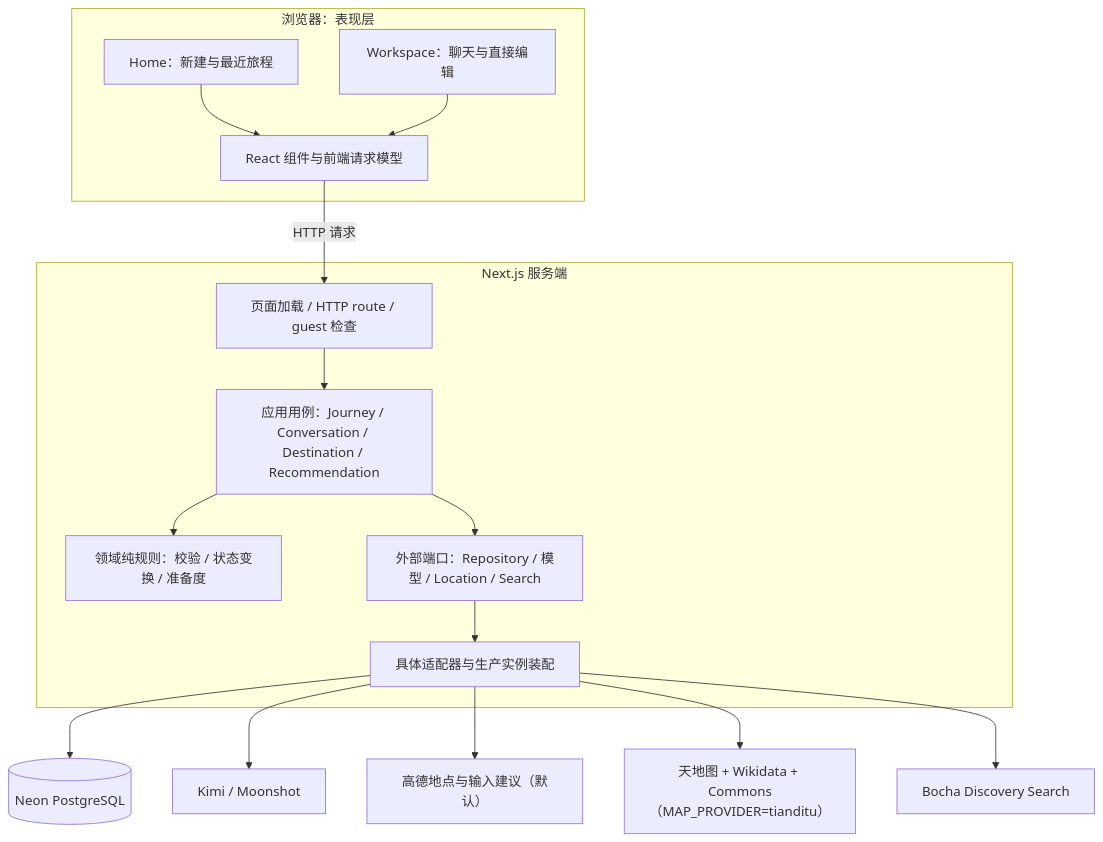
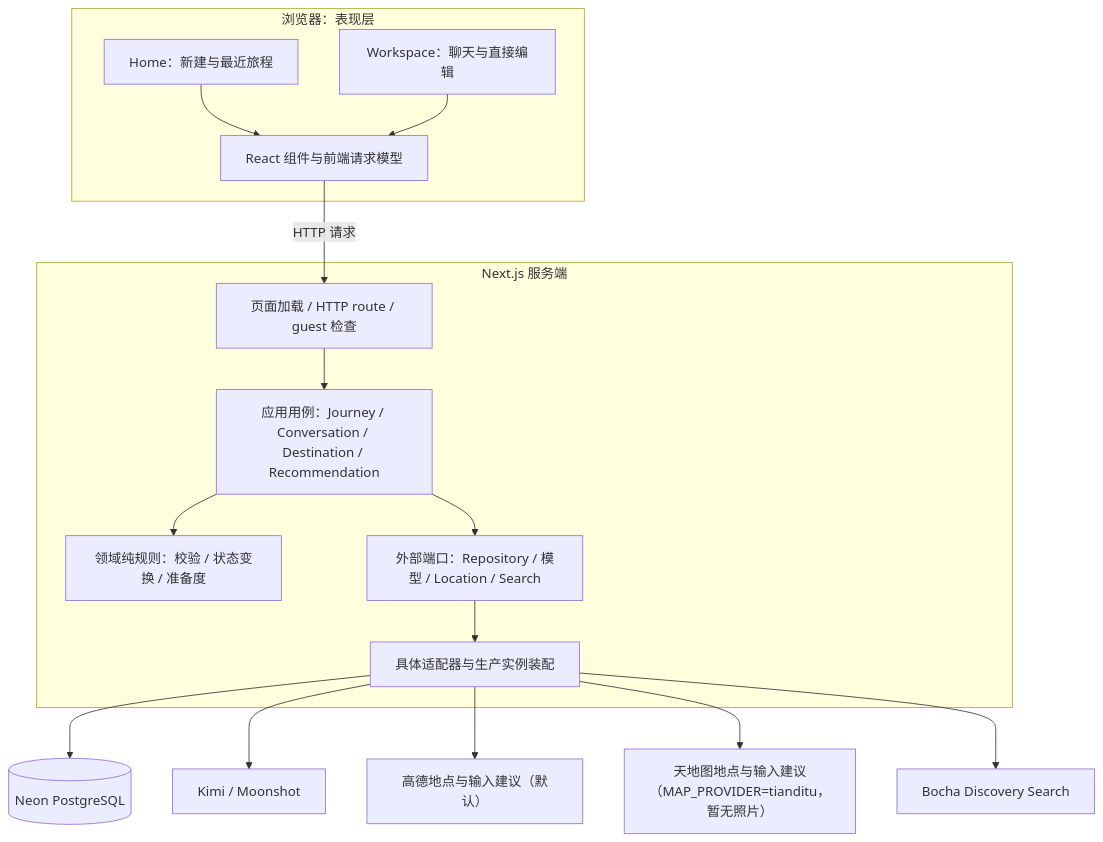
The first of 6 diagrams in docs/ARCHITECTURE.md (meiyulin22/Meri-Road-Trip), drawn with Mermaid before and after one commit. The commit also changed other lines of this file and 21 other files, not shown here.

Commit message:
refactor(map): drop Wikidata and Wikimedia from Tianditu mode and record the domestic-only limits 1.0600

````diff
--- a/docs/ARCHITECTURE.md
+++ b/docs/ARCHITECTURE.md
@@ -9,27 +9,27 @@
 ```mermaid
 flowchart TB
   subgraph browser[浏览器：表现层]
     home[Home：新建与最近旅程]
     workspace[Workspace：聊天与直接编辑]
     ui[React 组件与前端请求模型]
     home --> ui
     workspace --> ui
   end
   subgraph server[Next.js 服务端]
     entry[页面加载 / HTTP route / guest 检查]
     usecase[应用用例：Journey / Conversation / Destination / Recommendation]
     domain[领域纯规则：校验 / 状态变换 / 准备度]
     ports[外部端口：Repository / 模型 / Location / Search]
     adapters[具体适配器与生产实例装配]
     entry --> usecase
     usecase --> domain
     usecase --> ports
     ports --> adapters
   end
   ui -->|HTTP 请求| entry
   adapters --> db[(Neon PostgreSQL)]
   adapters --> kimi[Kimi / Moonshot]
   adapters --> amap[高德地点与输入建议（默认）]
-  adapters --> tianditu[天地图 + Wikidata + Commons（MAP_PROVIDER=tianditu）]
+  adapters --> tianditu[天地图地点与输入建议（MAP_PROVIDER=tianditu，暂无照片）]
   adapters --> bocha[Bocha Discovery Search]
 ```
````
